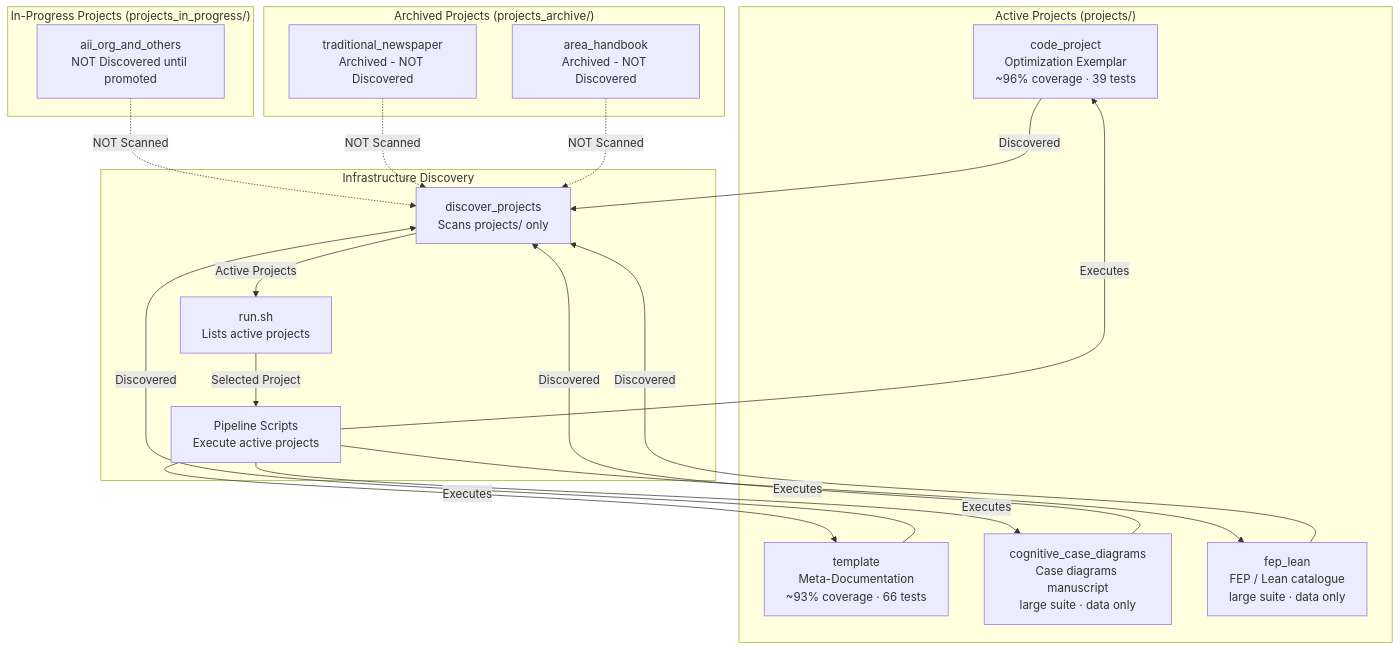
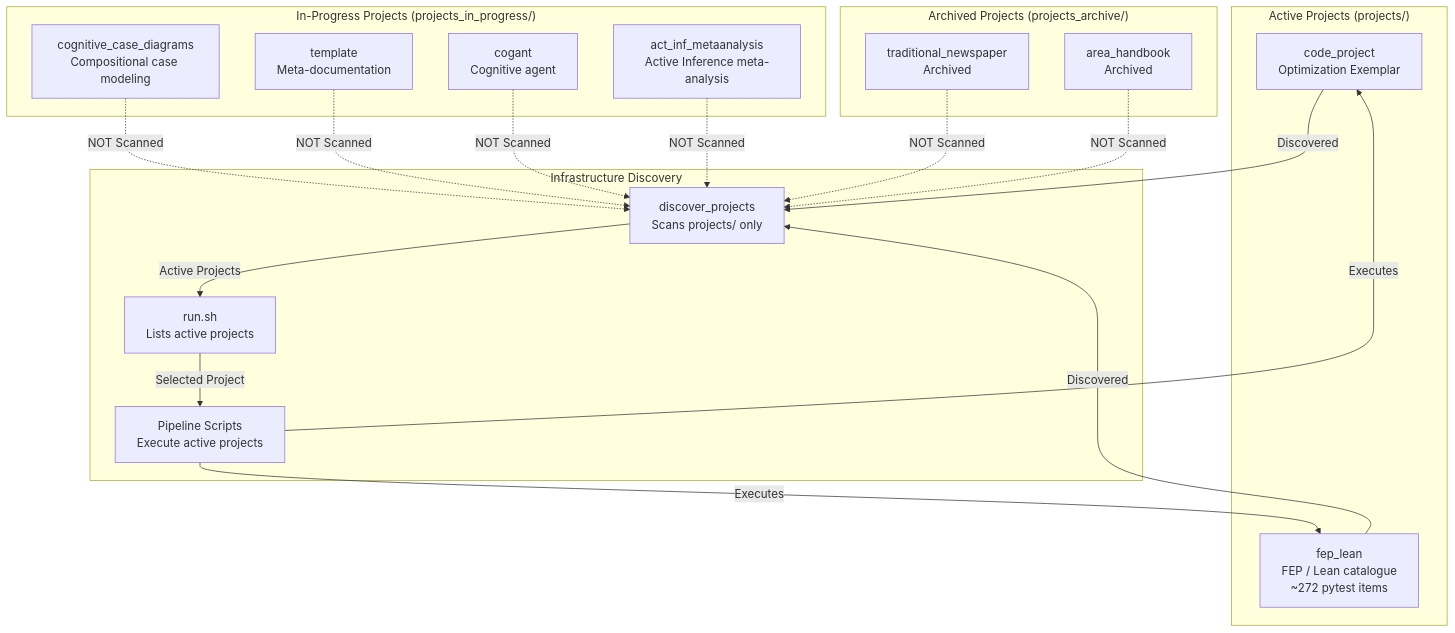
One commit to docxology/template changed the diagram in projects/AGENTS.md. Above: the diagram before and after it, drawn with Mermaid. The commit also changed other lines of this file and 596 other files, not shown here.

````diff
--- a/projects/AGENTS.md
+++ b/projects/AGENTS.md
@@ -61,39 +61,39 @@
 ```mermaid
 graph TD
     subgraph Active["Active Projects (projects/)"]
-        P1[code_project<br/>Optimization Exemplar<br/>~96% coverage · 39 tests]
-        P2[template<br/>Meta-Documentation<br/>~93% coverage · 66 tests]
-        P3[cognitive_case_diagrams<br/>Case diagrams manuscript<br/>large suite · data only]
-        P4[fep_lean<br/>FEP / Lean catalogue<br/>large suite · data only]
+        P1[code_project<br/>Optimization Exemplar]
+        P2[fep_lean<br/>FEP / Lean catalogue<br/>~272 pytest items]
     end
 
     subgraph InProgress["In-Progress Projects (projects_in_progress/)"]
-        IP1[aii_org_and_others<br/>NOT Discovered until promoted]
+        IP1[cognitive_case_diagrams<br/>Compositional case modeling]
+        IP2[template<br/>Meta-documentation]
+        IP3[cogant<br/>Cognitive agent]
+        IP4[act_inf_metaanalysis<br/>Active Inference meta-analysis]
     end
 
     subgraph Archive["Archived Projects (projects_archive/)"]
-        A1[traditional_newspaper<br/>Archived - NOT Discovered]
-        A2[area_handbook<br/>Archived - NOT Discovered]
+        A1[traditional_newspaper<br/>Archived]
+        A2[area_handbook<br/>Archived]
     end
 
     subgraph Infrastructure["Infrastructure Discovery"]
         DISCOVER[discover_projects<br/>Scans projects/ only]
         RUNSH[run.sh<br/>Lists active projects]
         PIPELINE[Pipeline Scripts<br/>Execute active projects]
     end
 
     P1 -->|Discovered| DISCOVER
     P2 -->|Discovered| DISCOVER
-    P3 -->|Discovered| DISCOVER
-    P4 -->|Discovered| DISCOVER
     IP1 -.->|NOT Scanned| DISCOVER
+    IP2 -.->|NOT Scanned| DISCOVER
+    IP3 -.->|NOT Scanned| DISCOVER
+    IP4 -.->|NOT Scanned| DISCOVER
     A1 -.->|NOT Scanned| DISCOVER
     A2 -.->|NOT Scanned| DISCOVER
 
     DISCOVER -->|Active Projects| RUNSH
     RUNSH -->|Selected Project| PIPELINE
     PIPELINE -->|Executes| P1
     PIPELINE -->|Executes| P2
-    PIPELINE -->|Executes| P3
-    PIPELINE -->|Executes| P4
 ```
````
